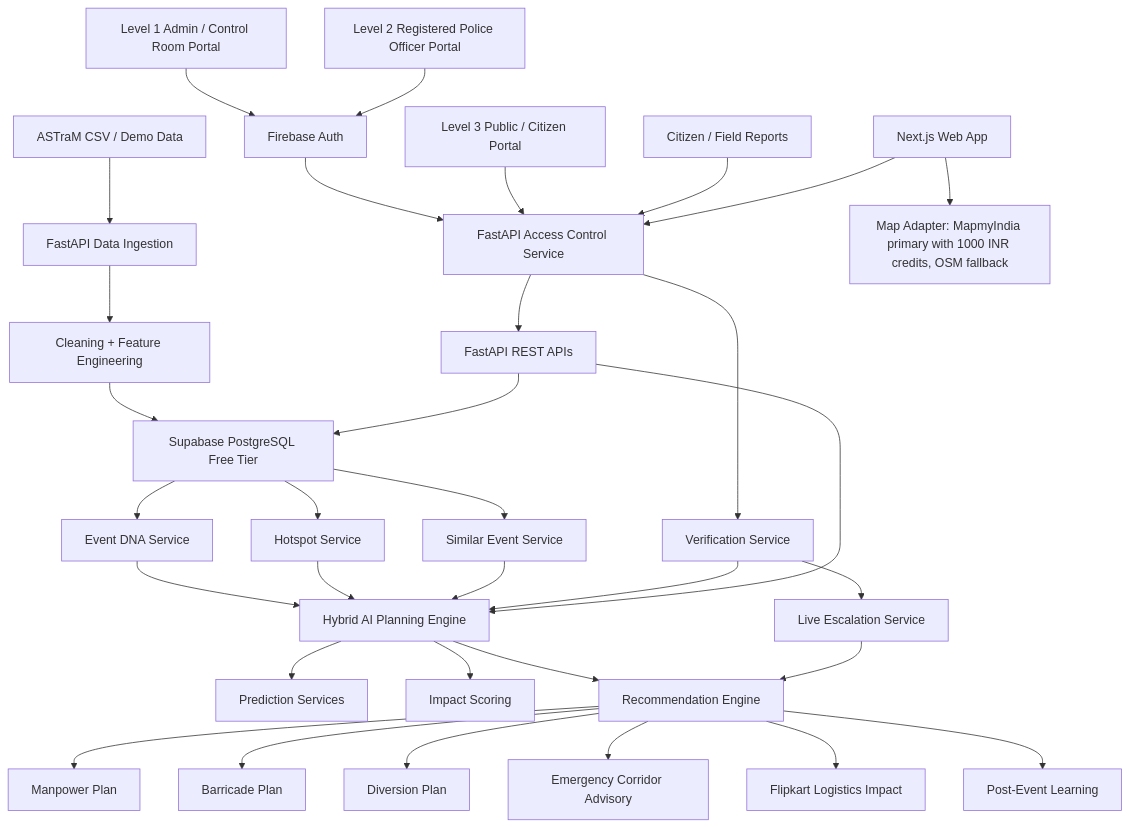
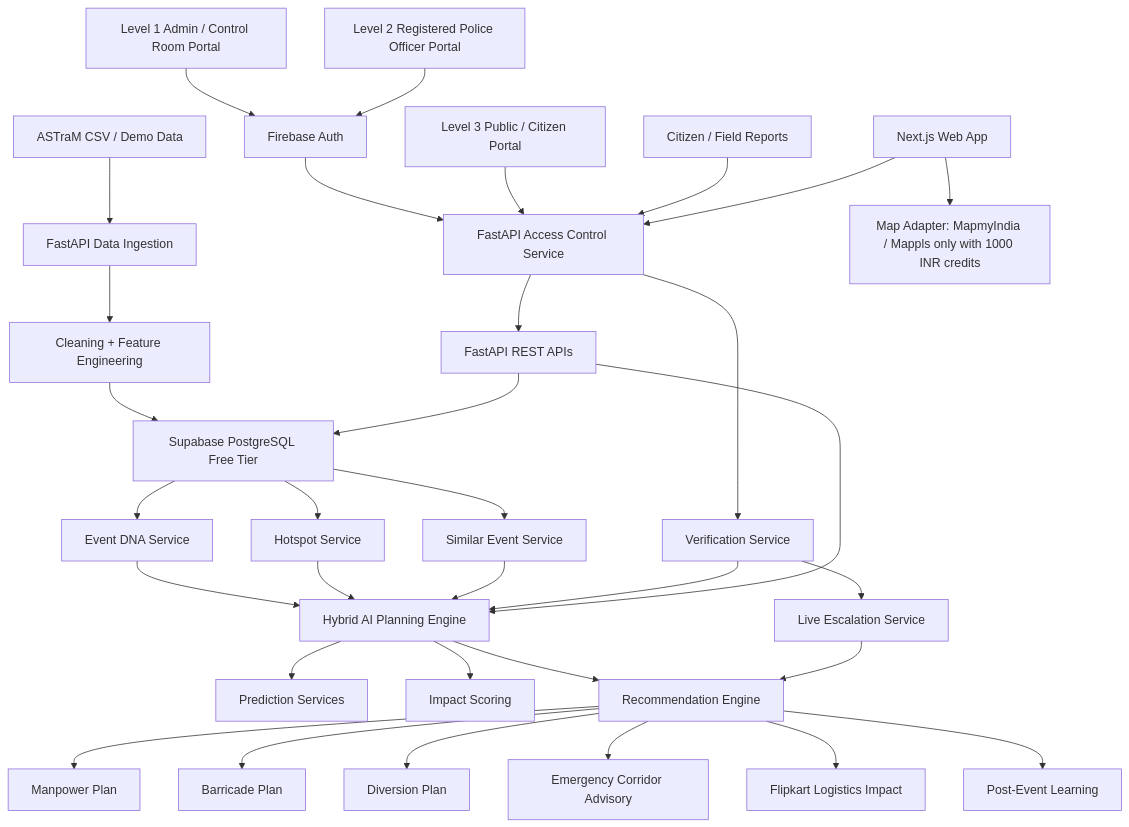
One commit to Adi-3108/Sanchar-Sarthi changed the first of 9 diagrams in docs/System_Architecture.md. Above: the diagram before and after it, drawn with Mermaid. The commit also changed 72 other files, not shown here.

````diff
--- a/docs/System_Architecture.md
+++ b/docs/System_Architecture.md
@@ -9,35 +9,35 @@
 ```mermaid
 flowchart TD
     Admin["Level 1 Admin / Control Room Portal"] --> Firebase["Firebase Auth"]
     Officer["Level 2 Registered Police Officer Portal"] --> Firebase
     Firebase --> Auth["FastAPI Access Control Service"]
     Public["Level 3 Public / Citizen Portal"] --> Auth
     A["ASTraM CSV / Demo Data"] --> B["FastAPI Data Ingestion"]
     B --> C["Cleaning + Feature Engineering"]
     C --> D["Supabase PostgreSQL Free Tier"]
     D --> E["Event DNA Service"]
     D --> F["Hotspot Service"]
     D --> G["Similar Event Service"]
     E --> H["Hybrid AI Planning Engine"]
     F --> H
     G --> H
     H --> I["Prediction Services"]
     H --> J["Impact Scoring"]
     H --> K["Recommendation Engine"]
     K --> L["Manpower Plan"]
     K --> M["Barricade Plan"]
     K --> N["Diversion Plan"]
     K --> O["Emergency Corridor Advisory"]
     K --> P["Flipkart Logistics Impact"]
     Q["Citizen / Field Reports"] --> Auth
     Auth --> R["Verification Service"]
     R --> H
     R --> S["Live Escalation Service"]
     S --> K
     K --> T["Post-Event Learning"]
     U["Next.js Web App"] --> Auth
     Auth --> V["FastAPI REST APIs"]
     V --> D
     V --> H
-    U --> W["Map Adapter: MapmyIndia primary with 1000 INR credits, OSM fallback"]
+    U --> W["Map Adapter: MapmyIndia / Mappls only with 1000 INR credits"]
 ```
````
